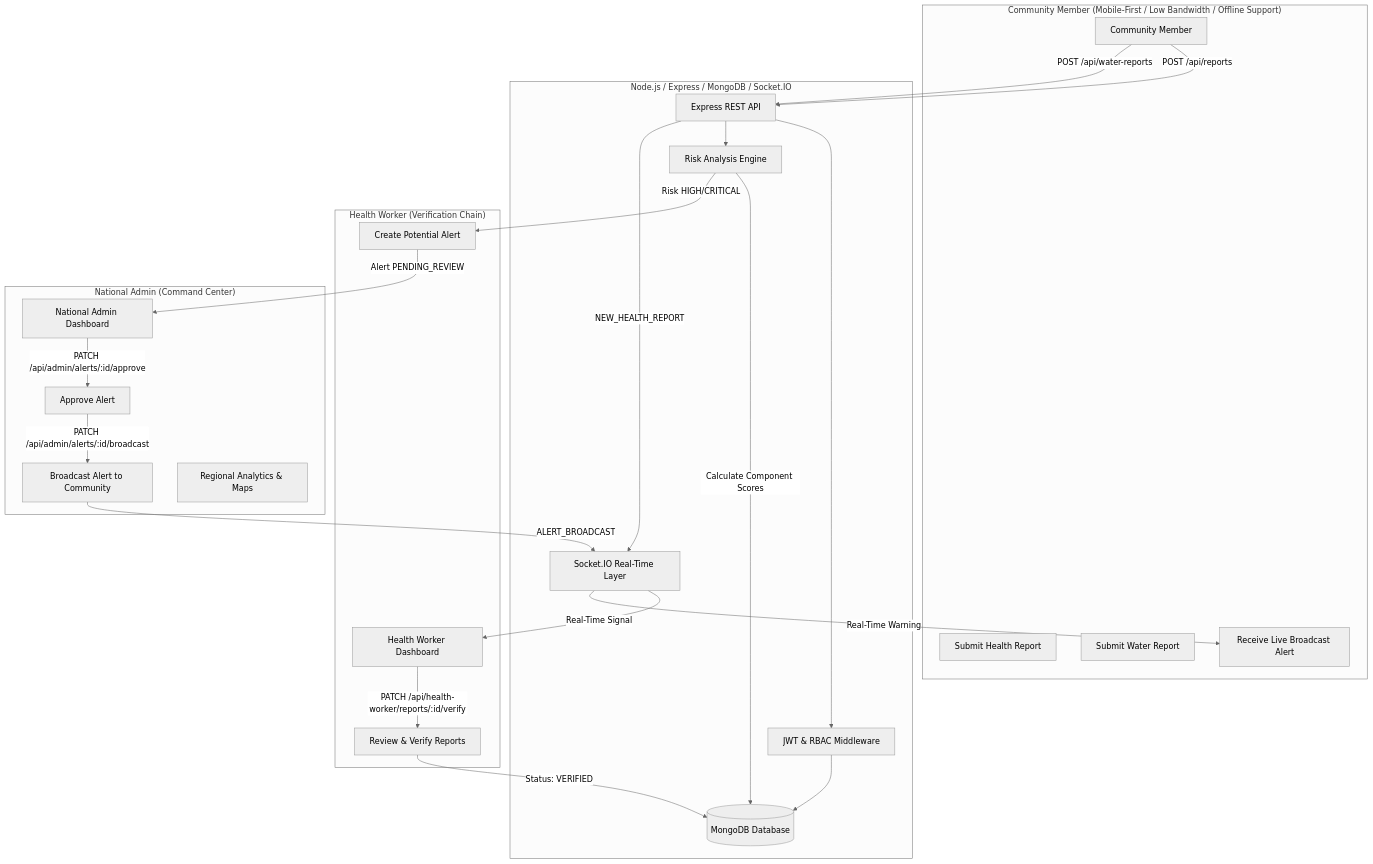
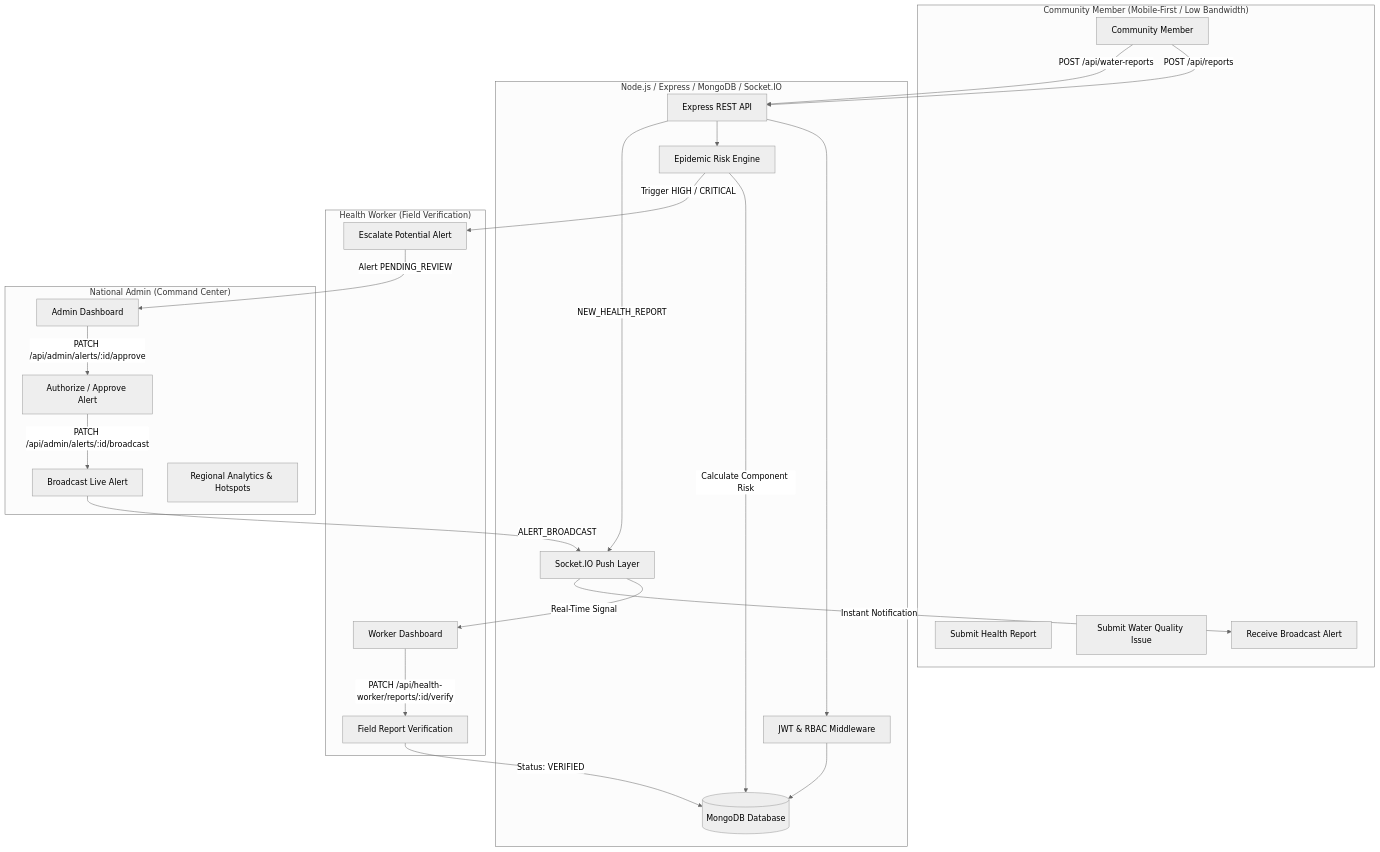
Before and after one commit to biswajeet-bishoyi/SmartHealth: the diagram in README.md, drawn with Mermaid (neutral theme). The commit also changed other lines of this file and 1 other file, not shown here.

````diff
--- a/README.md
+++ b/README.md
@@ -18,49 +33,49 @@
 ```mermaid
 flowchart TD
-    subgraph Community ["Community Member (Mobile-First / Low Bandwidth / Offline Support)"]
+    subgraph Community ["Community Member (Mobile-First / Low Bandwidth)"]
         CM[Community Member]
         SR[Submit Health Report]
-        WR[Submit Water Report]
-        CA[Receive Live Broadcast Alert]
+        WR[Submit Water Quality Issue]
+        CA[Receive Broadcast Alert]
     end
 
     subgraph Backend ["Node.js / Express / MongoDB / Socket.IO"]
         API[Express REST API]
         JWT[JWT & RBAC Middleware]
         DB[(MongoDB Database)]
-        RE[Risk Analysis Engine]
-        NS[Socket.IO Real-Time Layer]
+        RE[Epidemic Risk Engine]
+        NS[Socket.IO Push Layer]
     end
 
-    subgraph HealthWorker ["Health Worker (Verification Chain)"]
-        HW[Health Worker Dashboard]
-        VR[Review & Verify Reports]
-        PA[Create Potential Alert]
+    subgraph HealthWorker ["Health Worker (Field Verification)"]
+        HW[Worker Dashboard]
+        VR[Field Report Verification]
+        PA[Escalate Potential Alert]
     end
 
     subgraph Admin ["National Admin (Command Center)"]
-        NA[National Admin Dashboard]
-        AP[Approve Alert]
-        BC[Broadcast Alert to Community]
-        AN[Regional Analytics & Maps]
+        NA[Admin Dashboard]
+        AP[Authorize / Approve Alert]
+        BC[Broadcast Live Alert]
+        AN[Regional Analytics & Hotspots]
     end
 
     CM -->|POST /api/reports| API
     CM -->|POST /api/water-reports| API
     API --> JWT --> DB
     API --> RE
-    RE -->|Calculate Component Scores| DB
-    RE -->|Risk HIGH/CRITICAL| PA
+    RE -->|Calculate Component Risk| DB
+    RE -->|Trigger HIGH / CRITICAL| PA
     
     API -->|NEW_HEALTH_REPORT| NS
     NS -->|Real-Time Signal| HW
     
     HW -->|PATCH /api/health-worker/reports/:id/verify| VR
     VR -->|Status: VERIFIED| DB
     PA -->|Alert PENDING_REVIEW| NA
     
     NA -->|PATCH /api/admin/alerts/:id/approve| AP
     AP -->|PATCH /api/admin/alerts/:id/broadcast| BC
     BC -->|ALERT_BROADCAST| NS
-    NS -->|Real-Time Warning| CA
+    NS -->|Instant Notification| CA
 ```
````
